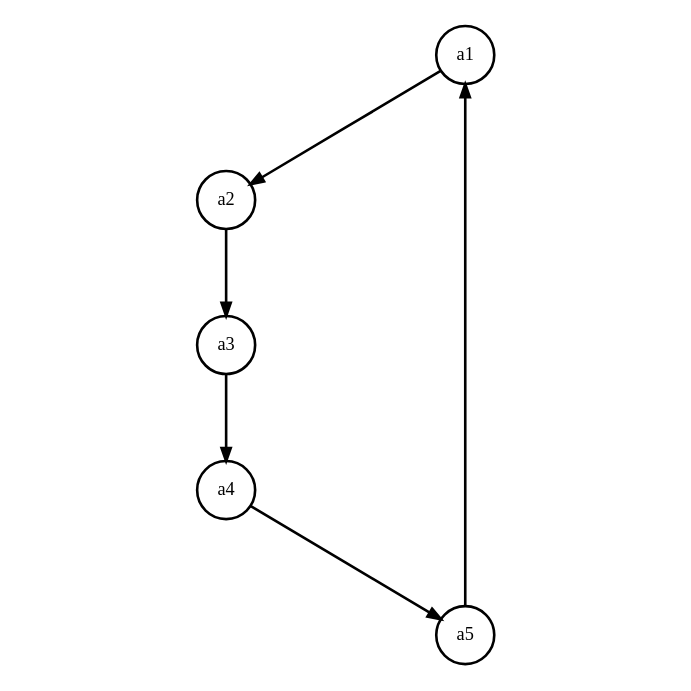
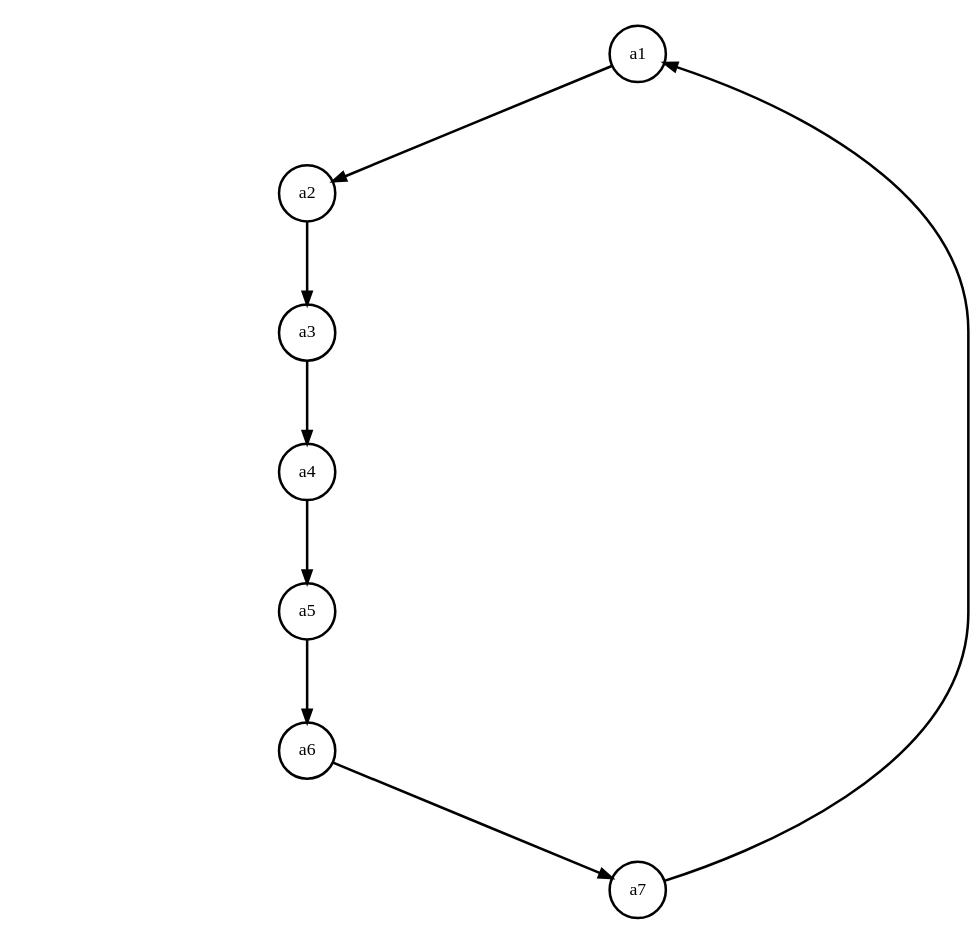
One commit to jonhoo/simio changed the diagram in examples/graphs/ring.gv. Above: the diagram before and after it, drawn with Graphviz. The commit also changed 1 other file, not shown here.

```diff
--- a/examples/graphs/ring.gv
+++ b/examples/graphs/ring.gv
@@ -1,18 +1,22 @@
 digraph {
-  size="7,7!";
+  size="10,10!";
   ratio="fill";
   node [shape=circle penwidth=2];
   edge [fontsize=12 penwidth=2];
-  start="32";
+  start="35";
   a1;
   a2;
   a3;
   a4;
   a5;
+  a6;
+  a7;
 
   a1 -> a2;
   a2 -> a3;
   a3 -> a4;
   a4 -> a5;
-  a5 -> a1;
+  a5 -> a6;
+  a6 -> a7;
+  a7 -> a1;
 }
```
